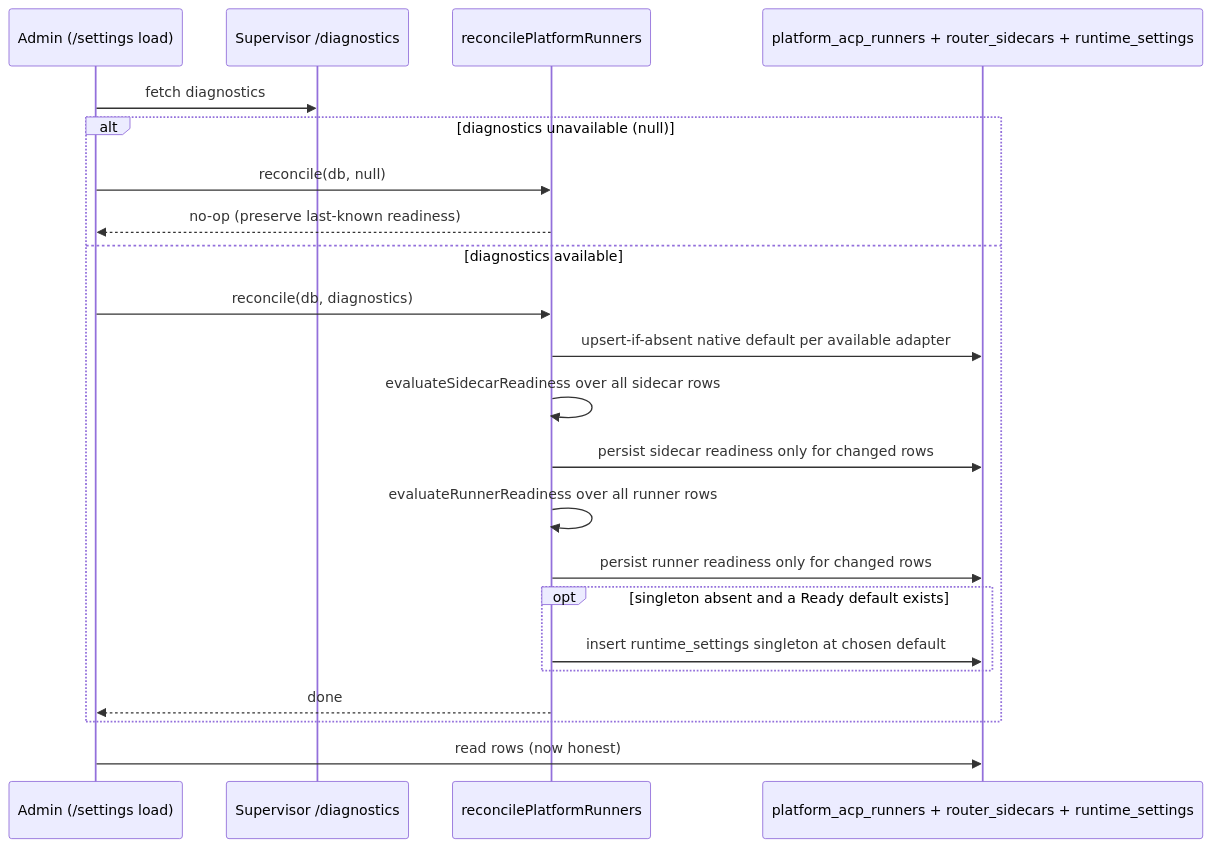
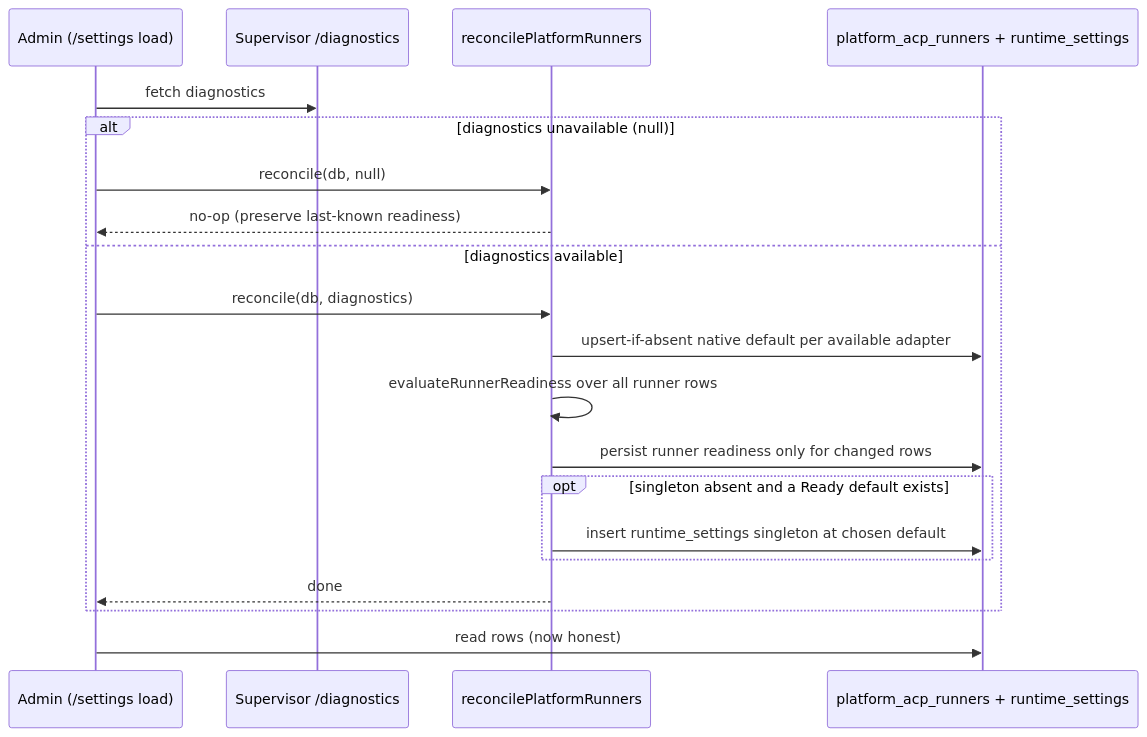
Before and after one commit to maister-dev/maister: the fourth of 4 diagrams in docs/system-analytics/acp-runners.md, drawn with Mermaid. The commit also changed other lines of this file and 228 other files, not shown here.

First line of the commit message:
feat(runners)!: remove managed Claude Code Router support

````diff
--- a/docs/system-analytics/acp-runners.md
+++ b/docs/system-analytics/acp-runners.md
@@ -336,24 +332,22 @@
 ```mermaid
 sequenceDiagram
     participant A as Admin (/settings load)
     participant D as Supervisor /diagnostics
     participant RC as reconcilePlatformRunners
-    participant DB as platform_acp_runners + router_sidecars + runtime_settings
+    participant DB as platform_acp_runners + runtime_settings
     A->>D: fetch diagnostics
     alt diagnostics unavailable (null)
         A->>RC: reconcile(db, null)
         RC-->>A: no-op (preserve last-known readiness)
     else diagnostics available
         A->>RC: reconcile(db, diagnostics)
         RC->>DB: upsert-if-absent native default per available adapter
-        RC->>RC: evaluateSidecarReadiness over all sidecar rows
-        RC->>DB: persist sidecar readiness only for changed rows
         RC->>RC: evaluateRunnerReadiness over all runner rows
         RC->>DB: persist runner readiness only for changed rows
         opt singleton absent and a Ready default exists
             RC->>DB: insert runtime_settings singleton at chosen default
         end
         RC-->>A: done
     end
     A->>DB: read rows (now honest)
 ```
````
